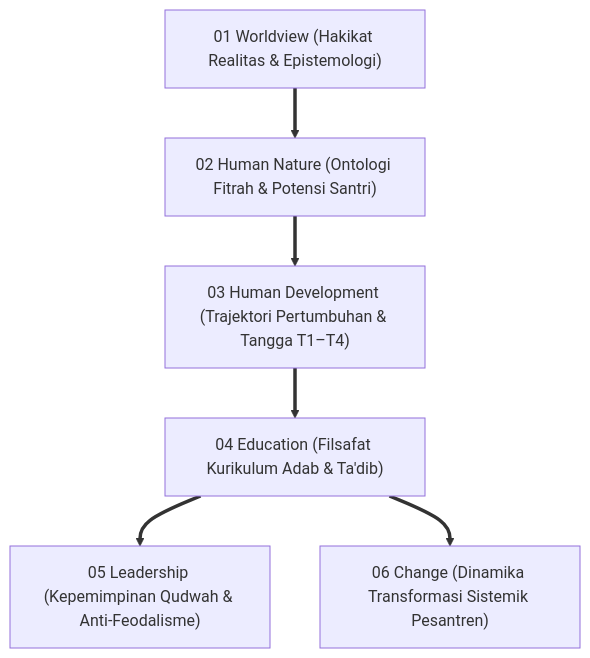
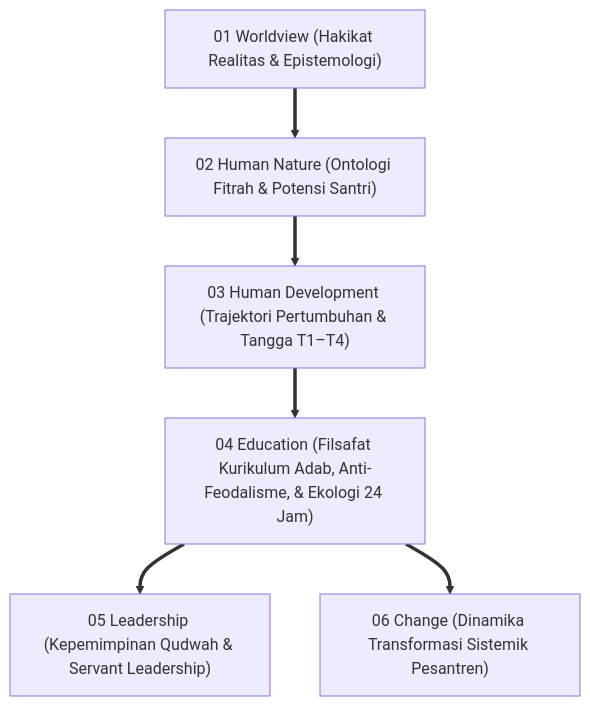
One commit to wandiapriliyandi/tumbuh changed the first of 3 diagrams in 01 Philosophy/04 Education/P1-04-Education-TUMBUH.md. Above: the diagram before and after it, drawn with Mermaid. The commit also changed other lines of this file and 18 other files, not shown here.

````diff
--- a/01 Philosophy/04 Education/P1-04-Education-TUMBUH.md
+++ b/01 Philosophy/04 Education/P1-04-Education-TUMBUH.md
@@ -50,12 +50,12 @@
 ```mermaid
 graph TD
     WV["01 Worldview (Hakikat Realitas & Epistemologi)"] 
     ==> HN["02 Human Nature (Ontologi Fitrah & Potensi Santri)"]
     
     HN ==> HD["03 Human Development (Trajektori Pertumbuhan & Tangga T1–T4)"]
     
-    HD ==> ED["04 Education (Filsafat Kurikulum Adab & Ta'dib)"]
+    HD ==> ED["04 Education (Filsafat Kurikulum Adab, Anti-Feodalisme, & Ekologi 24 Jam)"]
     
-    ED ==> LD["05 Leadership (Kepemimpinan Qudwah & Anti-Feodalisme)"]
+    ED ==> LD["05 Leadership (Kepemimpinan Qudwah & Servant Leadership)"]
     ED ==> CH["06 Change (Dinamika Transformasi Sistemik Pesantren)"]
 ```
````
